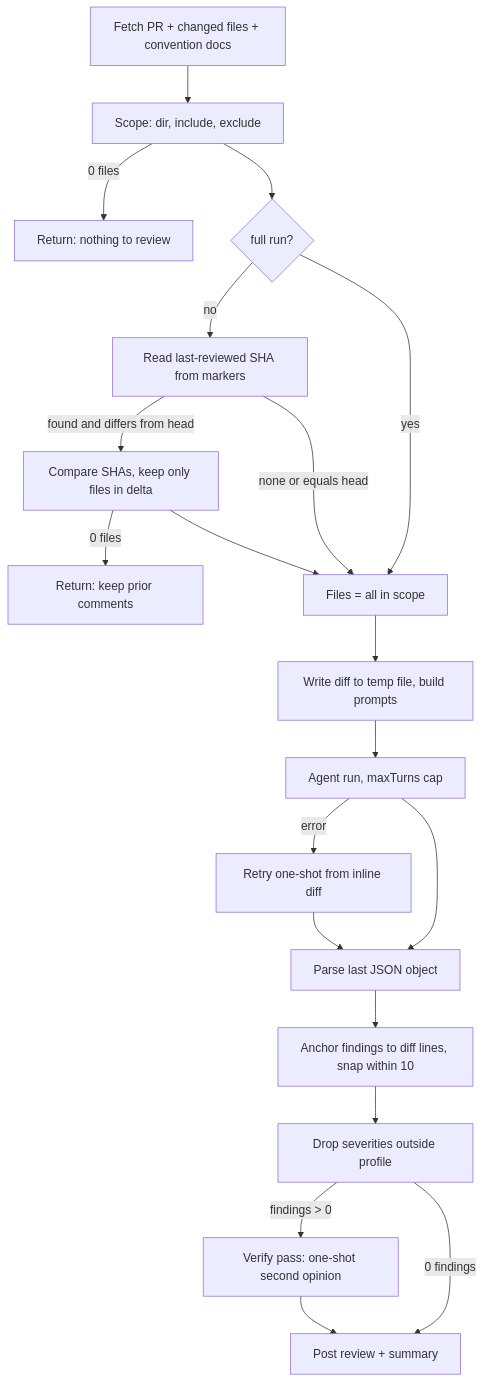
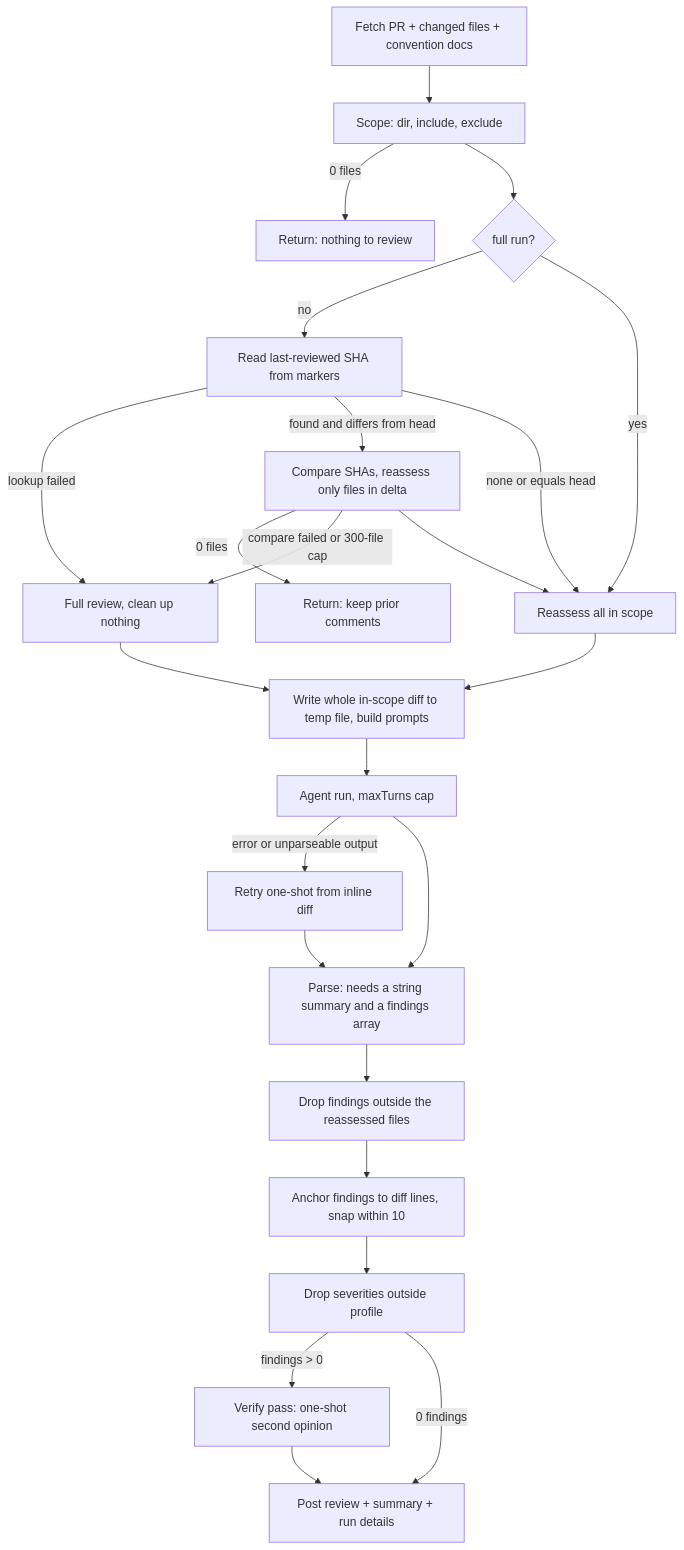
One commit to context-labs/loupe changed the first of 2 diagrams in docs/how-it-works/review-run.md. Above: the diagram before and after it, drawn with Mermaid. The commit also changed other lines of this file and 31 other files, not shown here.

First line of the commit message:
feat: reasoning flag, resolve-not-delete, full-diff context, visible degradation (INF-5290..5295) (#22)

````diff
--- a/docs/how-it-works/review-run.md
+++ b/docs/how-it-works/review-run.md
@@ -8,22 +8,26 @@
 ```mermaid
 flowchart TD
     A[Fetch PR + changed files + convention docs] --> B[Scope: dir, include, exclude]
     B -->|0 files| Z1[Return: nothing to review]
     B --> C{full run?}
     C -->|no| D[Read last-reviewed SHA from markers]
-    D -->|found and differs from head| E[Compare SHAs, keep only files in delta]
+    D -->|lookup failed| U[Full review, clean up nothing]
+    D -->|found and differs from head| E[Compare SHAs, reassess only files in delta]
     E -->|0 files| Z2[Return: keep prior comments]
+    E -->|compare failed or 300-file cap| U
     D -->|none or equals head| F
-    C -->|yes| F[Files = all in scope]
+    C -->|yes| F[Reassess all in scope]
     E --> F
-    F --> G[Write diff to temp file, build prompts]
+    U --> G
+    F --> G[Write whole in-scope diff to temp file, build prompts]
     G --> H[Agent run, maxTurns cap]
-    H -->|error| H2[Retry one-shot from inline diff]
-    H --> I[Parse last JSON object]
+    H -->|error or unparseable output| H2[Retry one-shot from inline diff]
+    H --> I[Parse: needs a string summary and a findings array]
     H2 --> I
-    I --> J[Anchor findings to diff lines, snap within 10]
+    I --> I2[Drop findings outside the reassessed files]
+    I2 --> J[Anchor findings to diff lines, snap within 10]
     J --> K[Drop severities outside profile]
     K -->|findings > 0| L[Verify pass: one-shot second opinion]
     K -->|0 findings| M
-    L --> M[Post review + summary]
+    L --> M[Post review + summary + run details]
 ```
````
